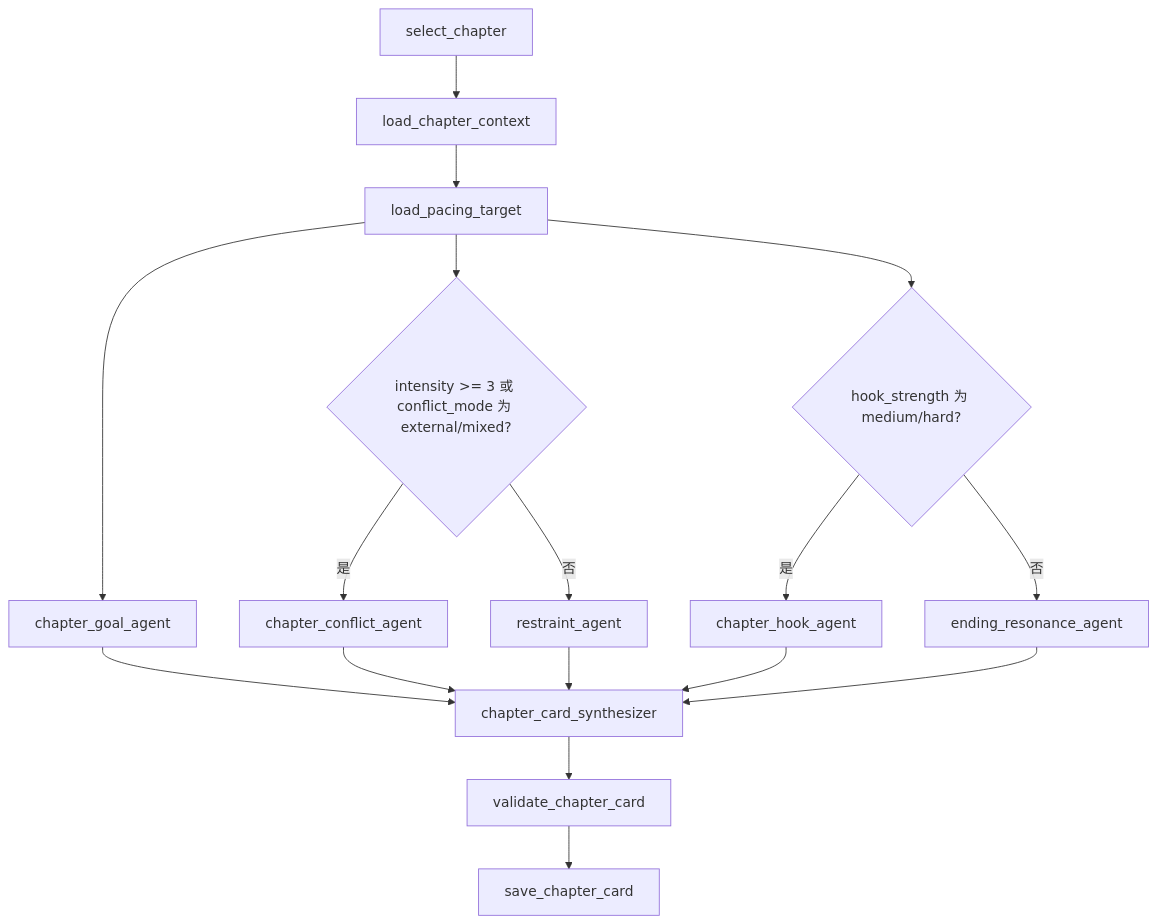
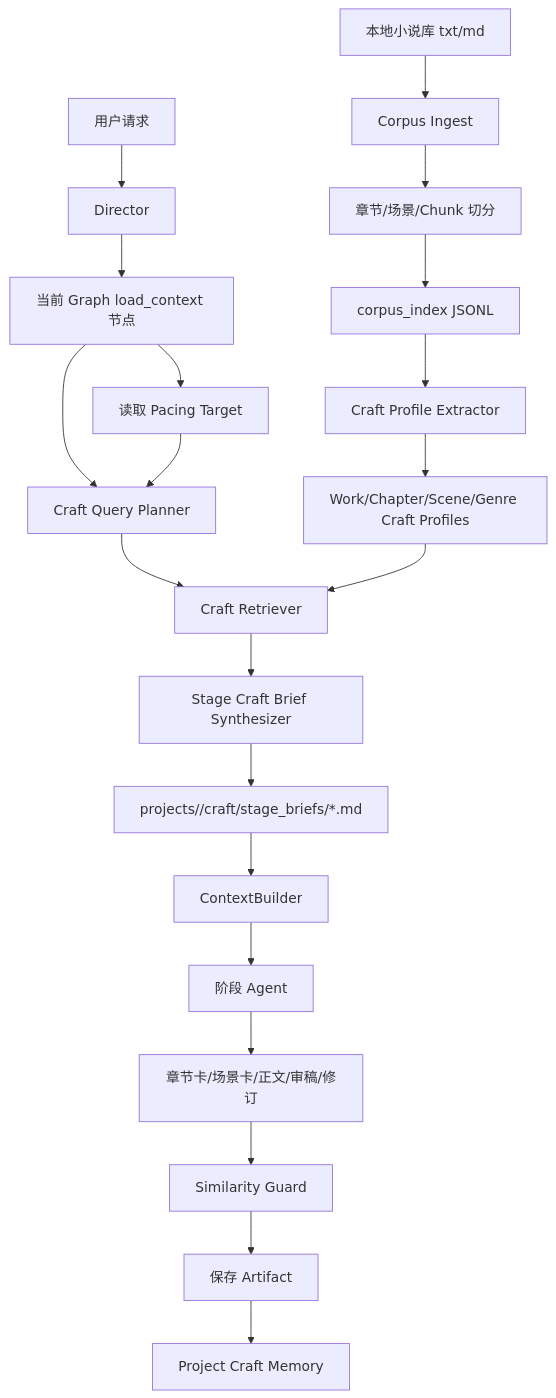
The diagram in plan.md (hxfei-git/ai-novelist), drawn with Mermaid before and after one commit. The commit also changed other lines of this file and 30 other files, not shown here.

Commit message:
feat: implement pacing-driven flow across chapter pipeline

````diff
--- a/plan.md
+++ b/plan.md
@@ -524,19 +152,24 @@
 ```mermaid
 flowchart TD
-    A[select_chapter] --> B[load_chapter_context]
-    B --> C[load_pacing_target]
-    C --> D[chapter_goal_agent]
-    C --> E{intensity >= 3 或 conflict_mode 为 external/mixed?}
-    E -- 是 --> F[chapter_conflict_agent]
-    E -- 否 --> G[restraint_agent]
-    C --> H{hook_strength 为 medium/hard?}
-    H -- 是 --> I[chapter_hook_agent]
-    H -- 否 --> J[ending_resonance_agent]
-    D --> K[chapter_card_synthesizer]
-    F --> K
-    G --> K
-    I --> K
-    J --> K
-    K --> L[validate_chapter_card]
-    L --> M[save_chapter_card]
+    A[本地小说库 txt/md] --> B[Corpus Ingest]
+    B --> C[章节/场景/Chunk 切分]
+    C --> D[corpus_index JSONL]
+    D --> E[Craft Profile Extractor]
+    E --> F[Work/Chapter/Scene/Genre Craft Profiles]
+
+    U[用户请求] --> DIR[Director]
+    DIR --> G[当前 Graph load_context 节点]
+    G --> PT[读取 Pacing Target]
+    G --> QP[Craft Query Planner]
+    PT --> QP
+    QP --> R[Craft Retriever]
+    F --> R
+    R --> S[Stage Craft Brief Synthesizer]
+    S --> ART[projects/<project>/craft/stage_briefs/*.md]
+    ART --> CB[ContextBuilder]
+    CB --> AG[阶段 Agent]
+    AG --> OUT[章节卡/场景卡/正文/审稿/修订]
+    OUT --> SG[Similarity Guard]
+    SG --> SAVE[保存 Artifact]
+    SAVE --> PM[Project Craft Memory]
 ```
````
